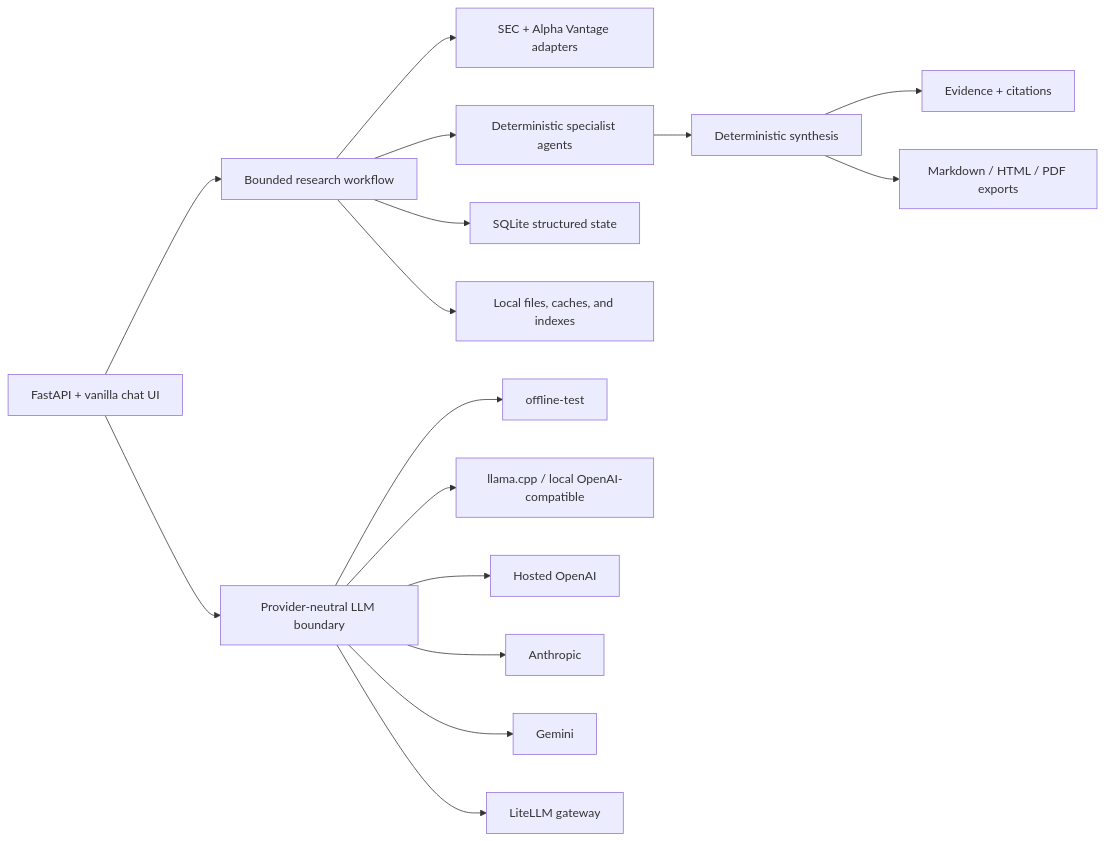
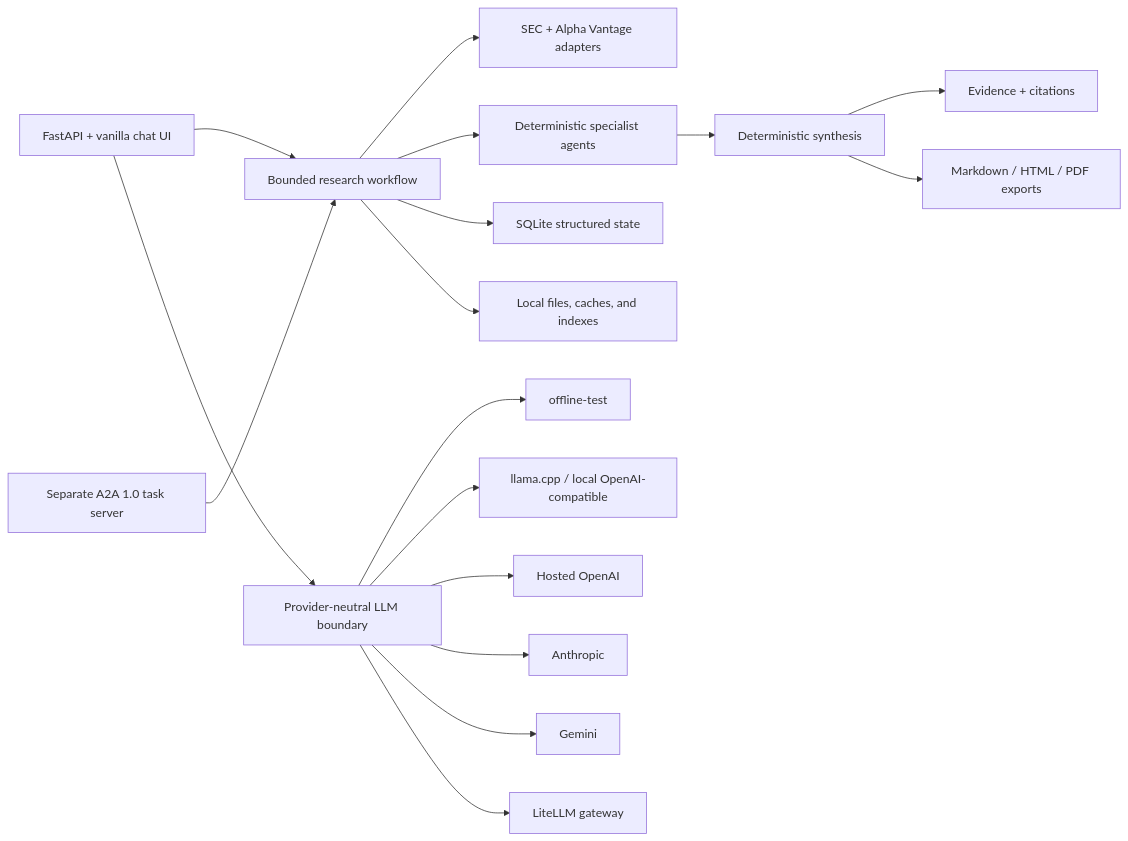
Before and after one commit to Ossi-1337/financial-research-agent: the diagram in README.md, drawn with Mermaid. The commit also changed other lines of this file and 32 other files, not shown here.

First line of the commit message:
Add optional A2A company research task server

````diff
--- a/README.md
+++ b/README.md
@@ -86,18 +105,19 @@
 ```mermaid
 flowchart LR
     UI["FastAPI + vanilla chat UI"] --> WF["Bounded research workflow"]
     WF --> DS["SEC + Alpha Vantage adapters"]
     WF --> AG["Deterministic specialist agents"]
     AG --> SY["Deterministic synthesis"]
     SY --> EV["Evidence + citations"]
     SY --> EX["Markdown / HTML / PDF exports"]
     UI --> LLM["Provider-neutral LLM boundary"]
+    A2A["Separate A2A 1.0 task server"] --> WF
     LLM --> OFF["offline-test"]
     LLM --> LOC["llama.cpp / local OpenAI-compatible"]
     LLM --> OAI["Hosted OpenAI"]
     LLM --> ANT["Anthropic"]
     LLM --> GEM["Gemini"]
     LLM --> GW["LiteLLM gateway"]
     WF --> DB["SQLite structured state"]
     WF --> FS["Local files, caches, and indexes"]
 ```
````
